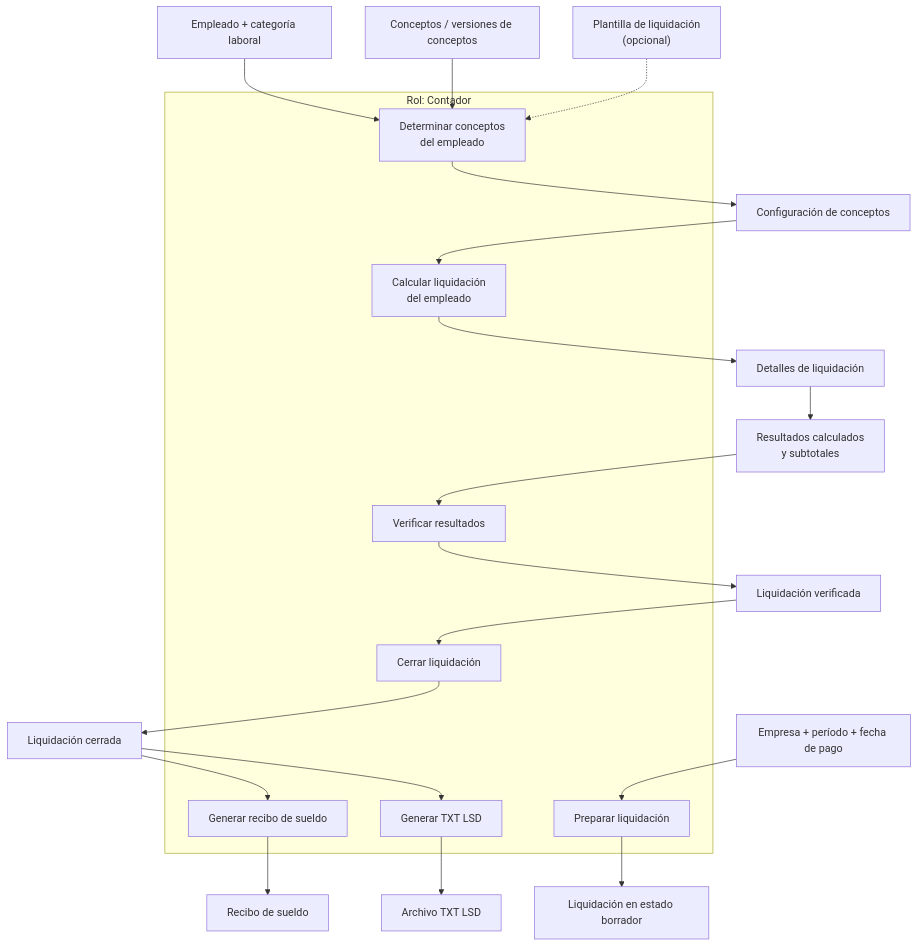
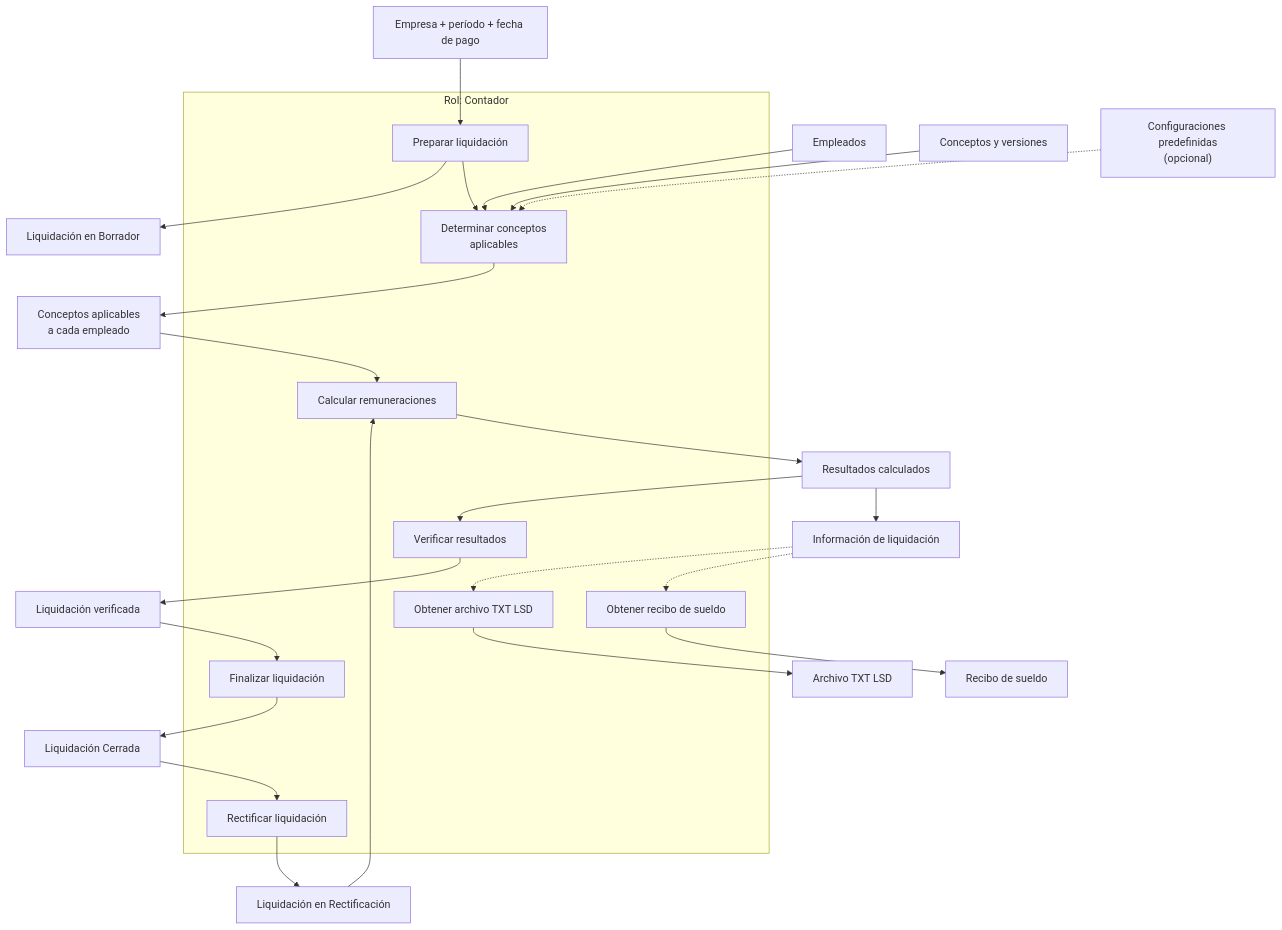
Before and after one commit to IgnacioAusili/ms_contable: the first of 3 diagrams in docs/procesos/PROC-01_liquidar_sueldos.md, drawn with Mermaid. The commit also changed other lines of this file and 10 other files, not shown here.

First line of the commit message:
feat: plantillas referencian a conceptos, no a versiones

````diff
--- a/docs/procesos/PROC-01_liquidar_sueldos.md
+++ b/docs/procesos/PROC-01_liquidar_sueldos.md
@@ -19,56 +25,64 @@
 ```mermaid
 flowchart TB
 
     subgraph CONTADOR["Rol: Contador"]
 
         A["Preparar liquidación"]
-        B["Determinar conceptos<br/>del empleado"]
-        C["Calcular liquidación<br/>del empleado"]
+        B["Determinar conceptos<br/>aplicables"]
+        C["Calcular remuneraciones"]
         D["Verificar resultados"]
-        E["Cerrar liquidación"]
-        F["Generar recibo de sueldo"]
-        G["Generar TXT LSD"]
+        E["Finalizar liquidación"]
+        F["Rectificar liquidación"]
+        G["Obtener recibo de sueldo"]
+        H["Obtener archivo TXT LSD"]
 
     end
 
     P1["Empresa + período + fecha de pago"]
-    P2["Liquidación en estado borrador"]
+    P2["Liquidación en Borrador"]
 
-    P3["Empleado + categoría laboral"]
-    P4["Conceptos / versiones de conceptos"]
-    P5["Plantilla de liquidación<br/>(opcional)"]
-    P6["Configuración de conceptos"]
+    P3["Empleados"]
+    P4["Conceptos y versiones"]
+    P5["Configuraciones predefinidas<br/>(opcional)"]
 
-    P7["Detalles de liquidación"]
-    P8["Resultados calculados<br/>y subtotales"]
+    P6["Conceptos aplicables<br/>a cada empleado"]
+    P7["Resultados calculados"]
+    P8["Liquidación verificada"]
 
-    P9["Liquidación verificada"]
-    P10["Liquidación cerrada"]
+    P9["Liquidación Cerrada"]
+    P10["Liquidación en Rectificación"]
 
-    P11["Recibo de sueldo"]
-    P12["Archivo TXT LSD"]
+    P11["Información de liquidación"]
+    P12["Recibo de sueldo"]
+    P13["Archivo TXT LSD"]
 
+    A --> B
     P1 --> A
     A --> P2
 
     P3 --> B
     P4 --> B
     P5 -.-> B
     B --> P6
 
     P6 --> C
     C --> P7
-    P7 --> P8
 
-    P8 --> D
-    D --> P9
+    P7 --> D
+    D --> P8
 
-    P9 --> E
-    E --> P10
+    P8 --> E
+    E --> P9
 
-    P10 --> F
-    F --> P11
+    P9 --> F
+    F --> P10
+    P10 --> C
 
-    P10 --> G
+    P7 --> P11
+
+    P11 -.-> G
     G --> P12
+
+    P11 -.-> H
+    H --> P13
 ```
````
